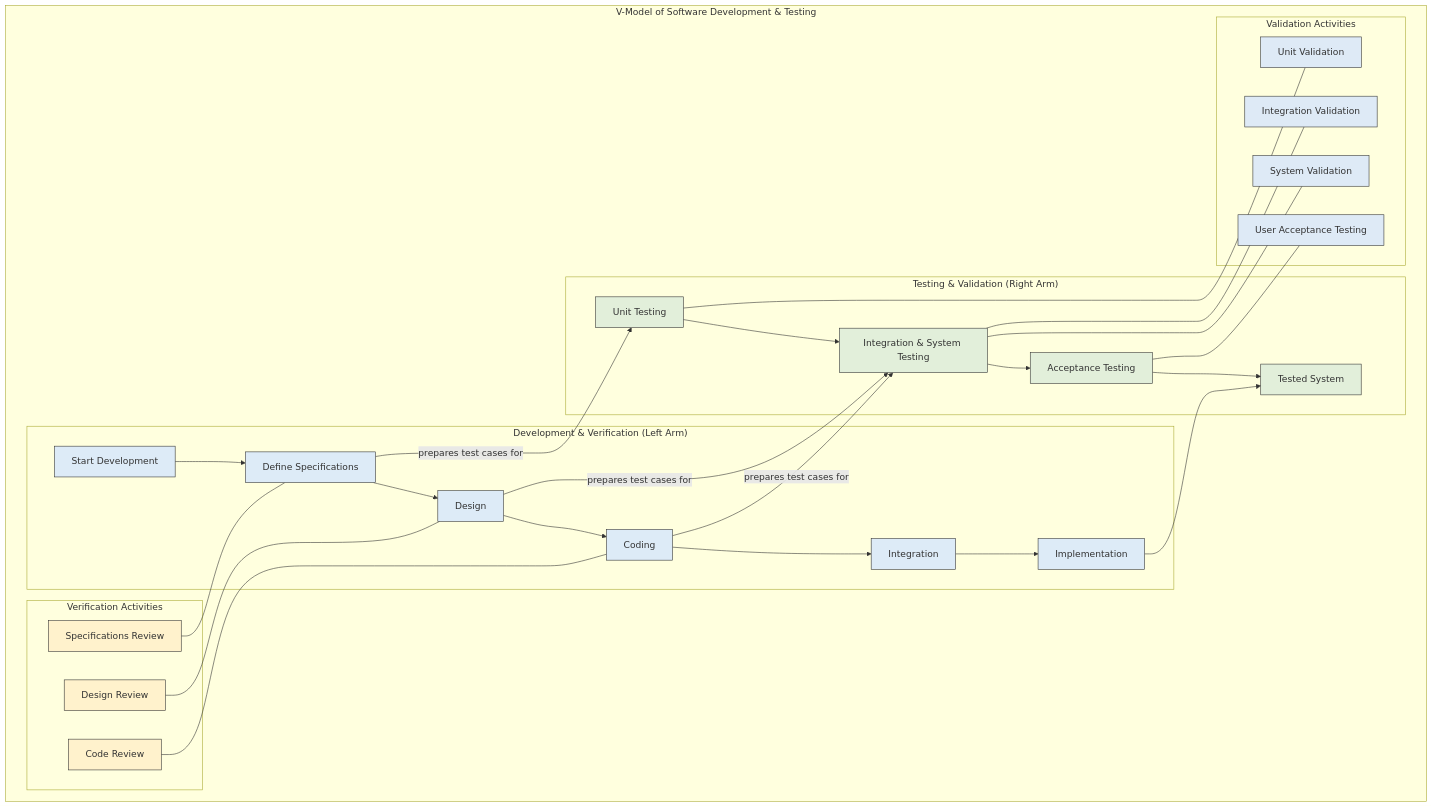
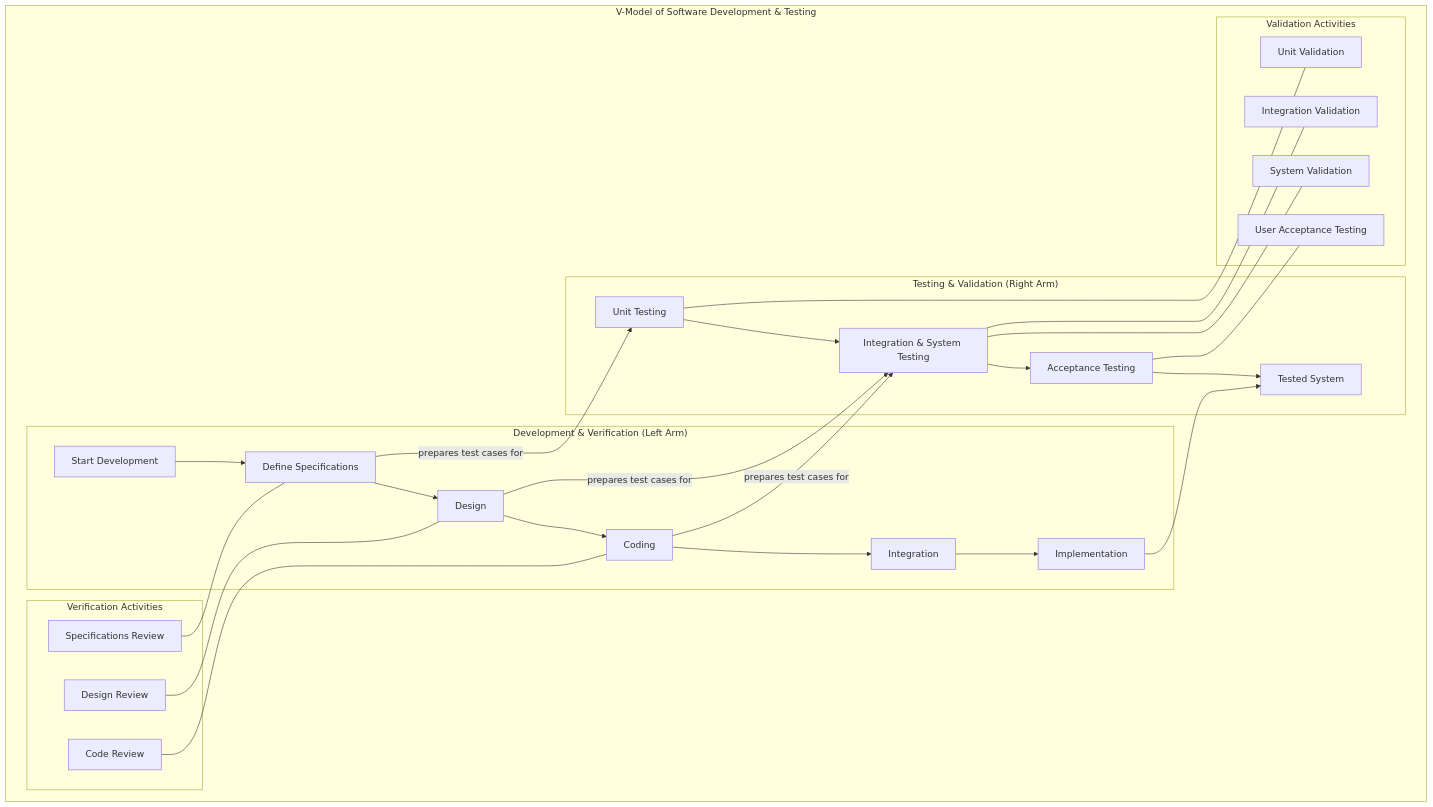
Before and after one commit to roroRathod/Sem7: the fifth of 6 diagrams in STQA/Mod 1.1 - Goals and Model for Software Testing, Software Testing Terminology and Methodology, Software Testing Life Cycle (STLC).md, drawn with Mermaid. The commit also changed other lines of this file, not shown here.

````diff
--- a/STQA/Mod 1.1 - Goals and Model for Software Testing, Software Testing Terminology and Methodology, Software Testing Life Cycle (STLC).md
+++ b/STQA/Mod 1.1 - Goals and Model for Software Testing, Software Testing Terminology and Methodology, Software Testing Life Cycle (STLC).md
@@ -385,57 +347,36 @@
 ```mermaid 
 graph TD
     subgraph "V-Model of Software Development & Testing"
         subgraph "Development & Verification (Left Arm)"
             A[Start Development] --> B[Define Specifications]
             B --> C[Design]
             C --> D[Coding]
             D --> E[Integration]
             E --> F[Implementation]
         end
 
         subgraph "Testing & Validation (Right Arm)"
             G[Unit Testing] --> H[Integration & System Testing]
             H --> I[Acceptance Testing]
             I --> J[Tested System]
         end
 
         subgraph "Verification Activities"
             V1[Specifications Review] --- B
             V2[Design Review] --- C
             V3[Code Review] --- D
         end
 
         subgraph "Validation Activities"
             G --- Val1[Unit Validation]
             H --- Val2[Integration Validation]
             H --- Val3[System Validation]
             I --- Val4[User Acceptance Testing]
         end
     end
 
     B -- prepares test cases for --> G
     C -- prepares test cases for --> H
     D -- prepares test cases for --> H
     F --> J
-
-    style A fill:#DDEBF7,stroke:#333,stroke-width:1px
-    style B fill:#DDEBF7,stroke:#333,stroke-width:1px
-    style C fill:#DDEBF7,stroke:#333,stroke-width:1px
-    style D fill:#DDEBF7,stroke:#333,stroke-width:1px
-    style E fill:#DDEBF7,stroke:#333,stroke-width:1px
-    style F fill:#DDEBF7,stroke:#333,stroke-width:1px
-
-    style G fill:#E2EFDA,stroke:#333,stroke-width:1px
-    style H fill:#E2EFDA,stroke:#333,stroke-width:1px
-    style I fill:#E2EFDA,stroke:#333,stroke-width:1px
-    style J fill:#E2EFDA,stroke:#333,stroke-width:1px
-
-    style V1 fill:#FFF2CC,stroke:#333,stroke-width:1px
-    style V2 fill:#FFF2CC,stroke:#333,stroke-width:1px
-    style V3 fill:#FFF2CC,stroke:#333,stroke-width:1px
-
-    style Val1 fill:#DEEAF6,stroke:#333,stroke-width:1px
-    style Val2 fill:#DEEAF6,stroke:#333,stroke-width:1px
-    style Val3 fill:#DEEAF6,stroke:#333,stroke-width:1px
-    style Val4 fill:#DEEAF6,stroke:#333,stroke-width:1px
 ```
````
